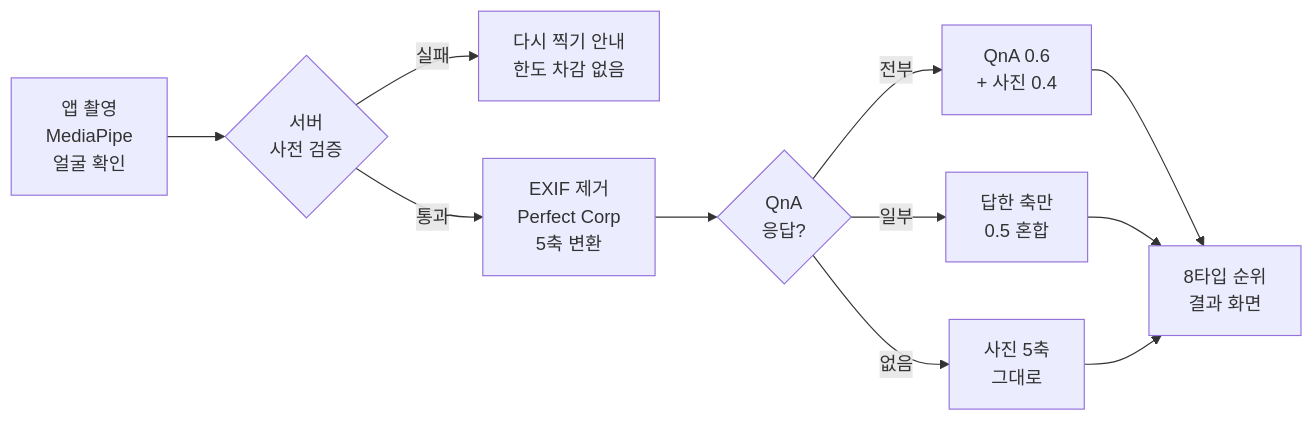
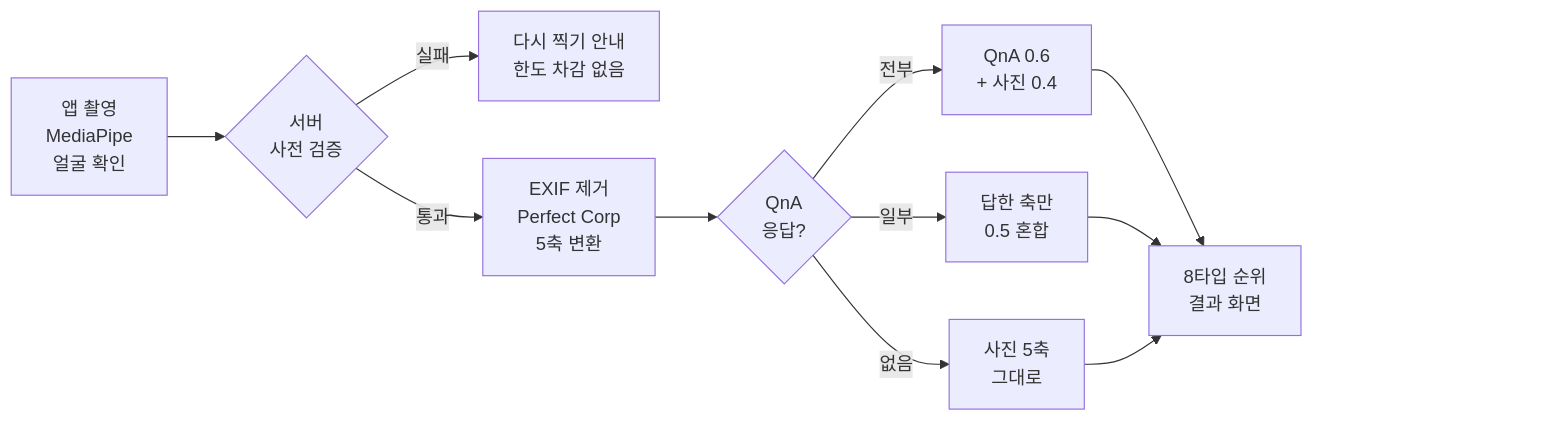
Before and after one commit to EunSeong-Jo/capstone: the third of 9 diagrams in docs/architecture/diagrams.md, drawn with Mermaid. The commit also changed other lines of this file, not shown here.

````diff
--- a/docs/architecture/diagrams.md
+++ b/docs/architecture/diagrams.md
@@ -105,11 +112,14 @@
 ```mermaid
 flowchart LR
     CAM["앱 촬영<br/>MediaPipe<br/>얼굴 확인"] --> GATE{"서버<br/>사전 검증"}
     GATE -- 실패 --> RETRY["다시 찍기 안내<br/>한도 차감 없음"]
     GATE -- 통과 --> PC["EXIF 제거<br/>Perfect Corp<br/>5축 변환"]
     PC --> MIX{"QnA<br/>응답?"}
     MIX -- 전부 --> M1["QnA 0.6<br/>+ 사진 0.4"]
     MIX -- 일부 --> M2["답한 축만<br/>0.5 혼합"]
     MIX -- 없음 --> M3["사진 5축<br/>그대로"]
     M1 & M2 & M3 --> RANK["8타입 순위<br/>결과 화면"]
+    RANK ~~~ PAD[" "]:::ghost
+    PAD ~~~ PAD2[" "]:::ghost
+    classDef ghost fill:none,stroke:none,color:transparent
 ```
````
